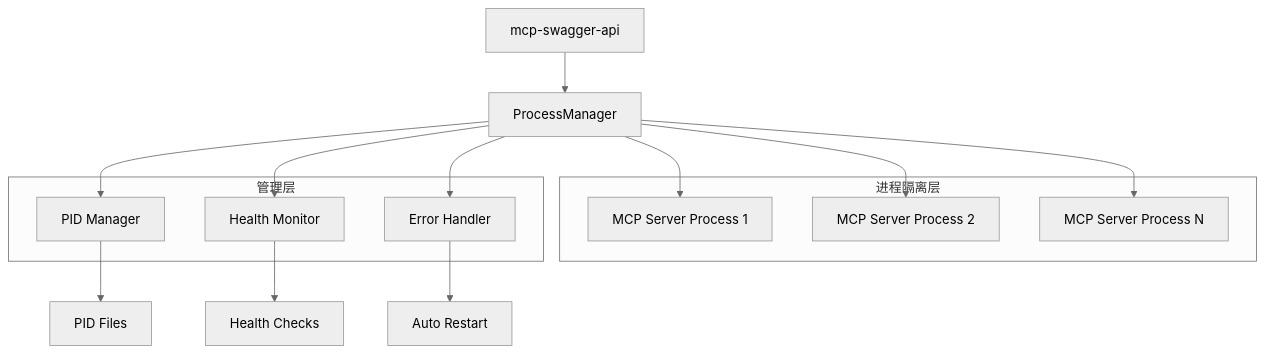
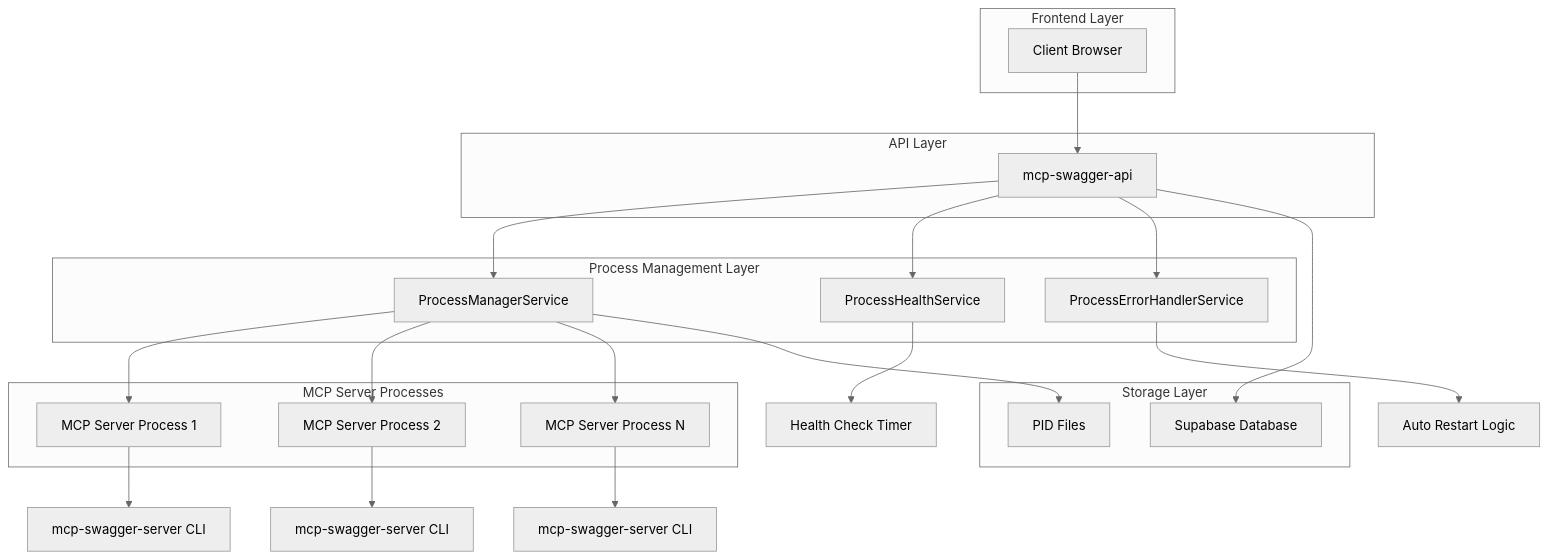
One commit to zaizaizhao/mcp-swagger-server changed the first of 3 diagrams in .trae/documents/mcp-server-process-management-solution.md. Above: the diagram before and after it, drawn with Mermaid (neutral theme). The commit also changed other lines of this file and 29 other files, not shown here.

````diff
--- a/.trae/documents/mcp-server-process-management-solution.md
+++ b/.trae/documents/mcp-server-process-management-solution.md
@@ -22,27 +5,46 @@
 ```mermaid
 graph TD
-    A[mcp-swagger-api] --> B[ProcessManager]
-    B --> C[MCP Server Process 1]
-    B --> D[MCP Server Process 2]
-    B --> E[MCP Server Process N]
+    A[Client Browser] --> B[mcp-swagger-api]
+    B --> C[ProcessManagerService]
+    B --> D[ProcessHealthService]
+    B --> E[ProcessErrorHandlerService]
     
-    B --> F[PID Manager]
-    B --> G[Health Monitor]
-    B --> H[Error Handler]
+    C --> F[MCP Server Process 1]
+    C --> G[MCP Server Process 2]
+    C --> H[MCP Server Process N]
     
-    F --> I[PID Files]
-    G --> J[Health Checks]
-    H --> K[Auto Restart]
+    C --> I[PID Files]
+    D --> J[Health Check Timer]
+    E --> K[Auto Restart Logic]
     
-    subgraph "进程隔离层"
+    F --> L[mcp-swagger-server CLI]
+    G --> M[mcp-swagger-server CLI]
+    H --> N[mcp-swagger-server CLI]
+    
+    subgraph "Frontend Layer"
+        A
+    end
+    
+    subgraph "API Layer"
+        B
+    end
+    
+    subgraph "Process Management Layer"
         C
         D
         E
     end
     
-    subgraph "管理层"
+    subgraph "MCP Server Processes"
         F
         G
         H
     end
+    
+    subgraph "Storage Layer"
+        I
+        O[Supabase Database]
+    end
+    
+    B --> O
 ```
````
